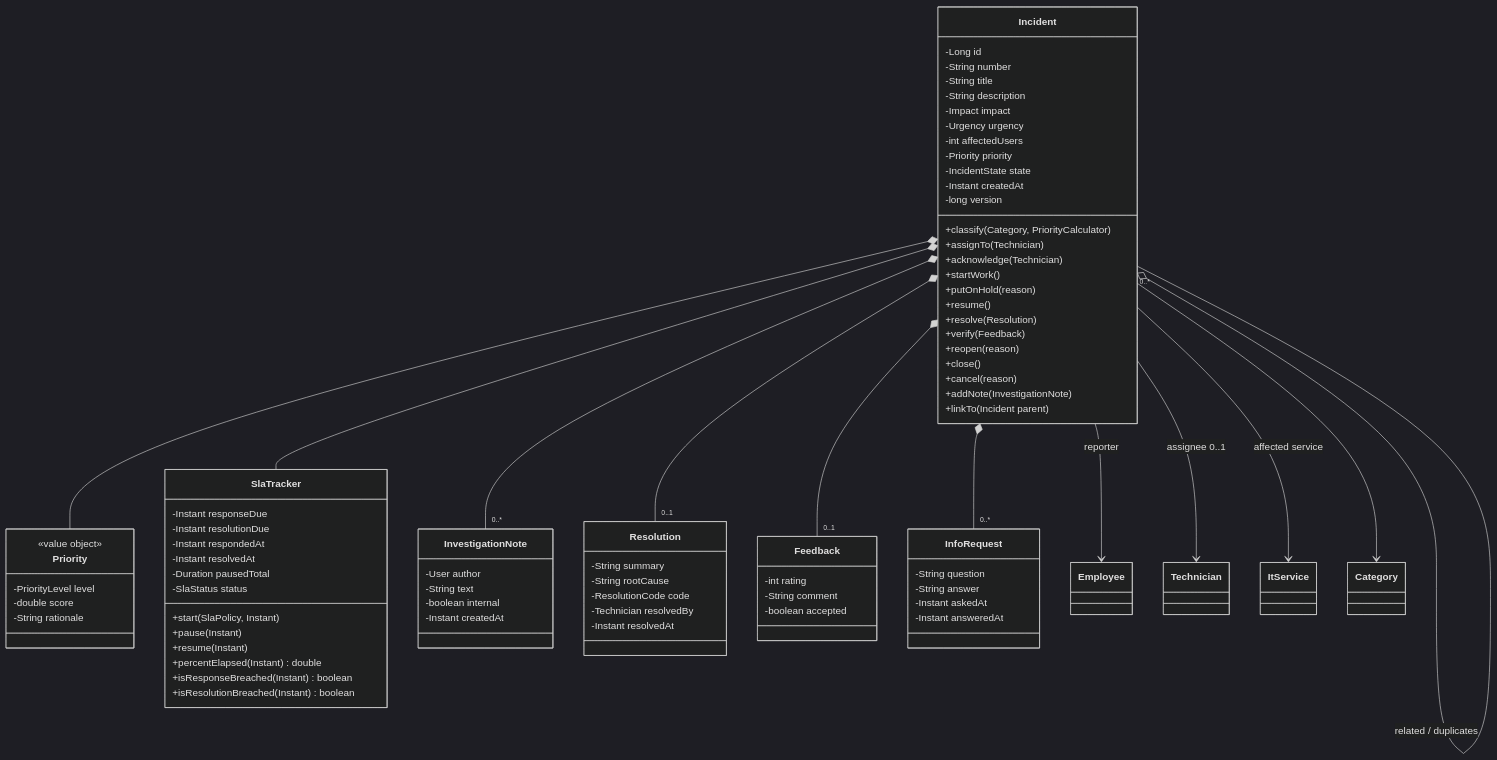
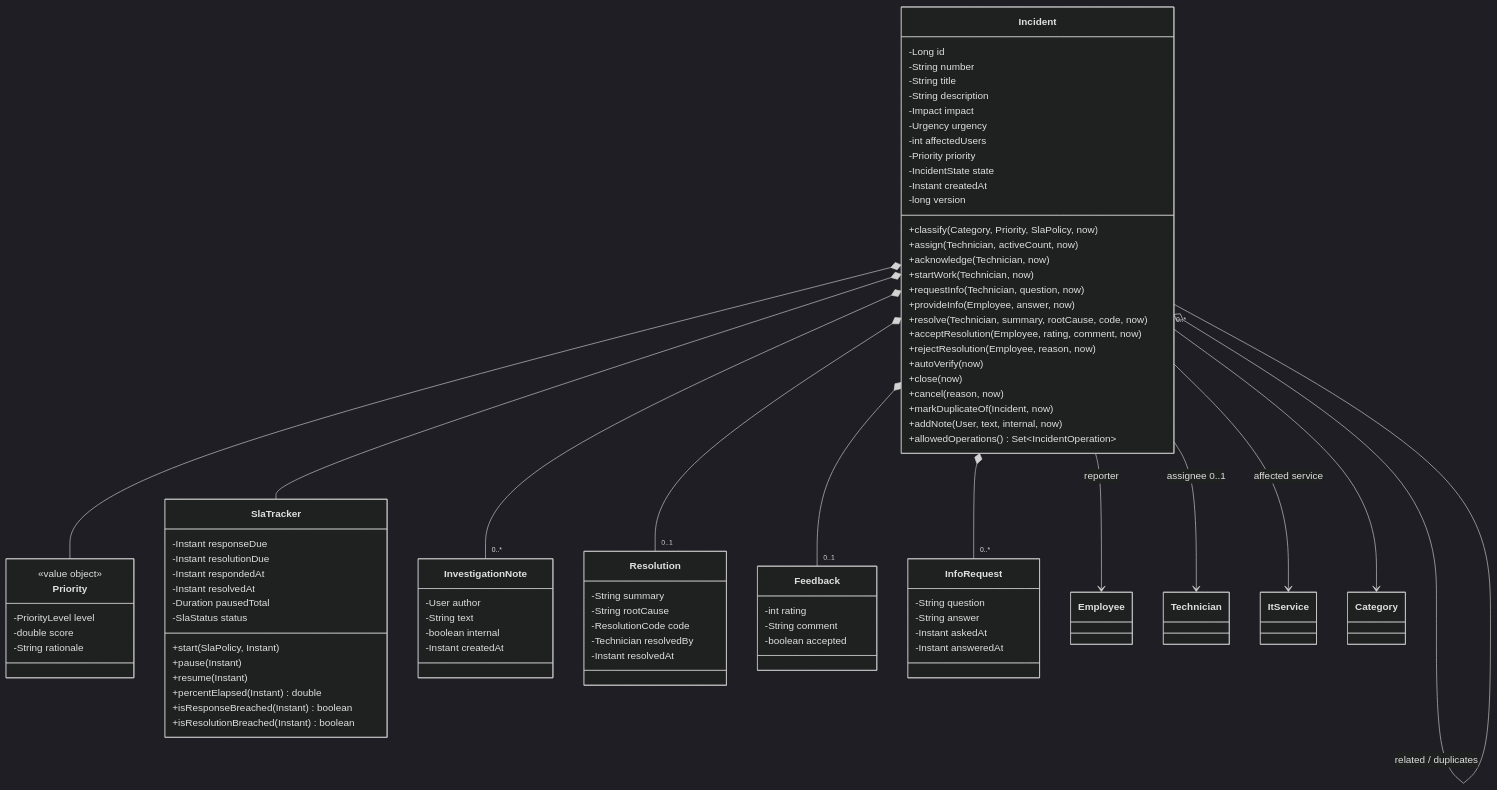
One commit to Dileep1714/I-ITSM changed the second of 9 diagrams in docs/DOMAIN_MODEL.md. Above: the diagram before and after it, drawn with Mermaid (dark theme). The commit also changed other lines of this file and 42 other files, not shown here.

First line of the commit message:
Add incident lifecycle (State pattern), SLA tracking and service catalogue

```diff
--- a/docs/DOMAIN_MODEL.md
+++ b/docs/DOMAIN_MODEL.md
@@ -123,19 +123,21 @@
         -IncidentState state
         -Instant createdAt
         -long version
-        +classify(Category, PriorityCalculator)
-        +assignTo(Technician)
-        +acknowledge(Technician)
-        +startWork()
-        +putOnHold(reason)
-        +resume()
-        +resolve(Resolution)
-        +verify(Feedback)
-        +reopen(reason)
-        +close()
-        +cancel(reason)
-        +addNote(InvestigationNote)
-        +linkTo(Incident parent)
+        +classify(Category, Priority, SlaPolicy, now)
+        +assign(Technician, activeCount, now)
+        +acknowledge(Technician, now)
+        +startWork(Technician, now)
+        +requestInfo(Technician, question, now)
+        +provideInfo(Employee, answer, now)
+        +resolve(Technician, summary, rootCause, code, now)
+        +acceptResolution(Employee, rating, comment, now)
+        +rejectResolution(Employee, reason, now)
+        +autoVerify(now)
+        +close(now)
+        +cancel(reason, now)
+        +markDuplicateOf(Incident, now)
+        +addNote(User, text, internal, now)
+        +allowedOperations() Set~IncidentOperation~
     }
     class Priority {
         <<value object>>
```
